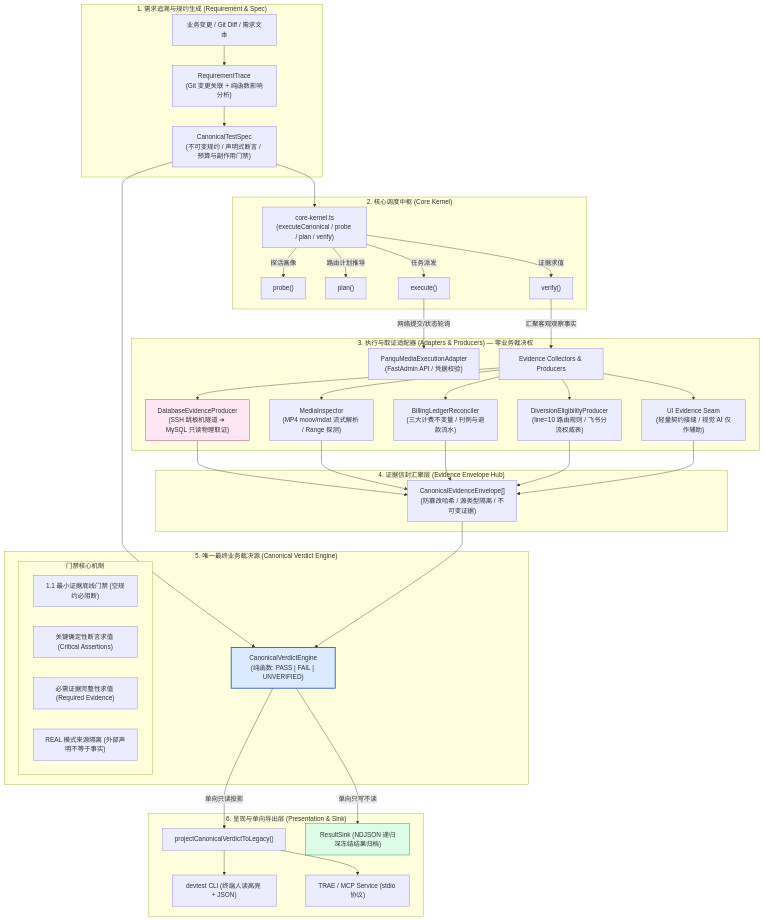
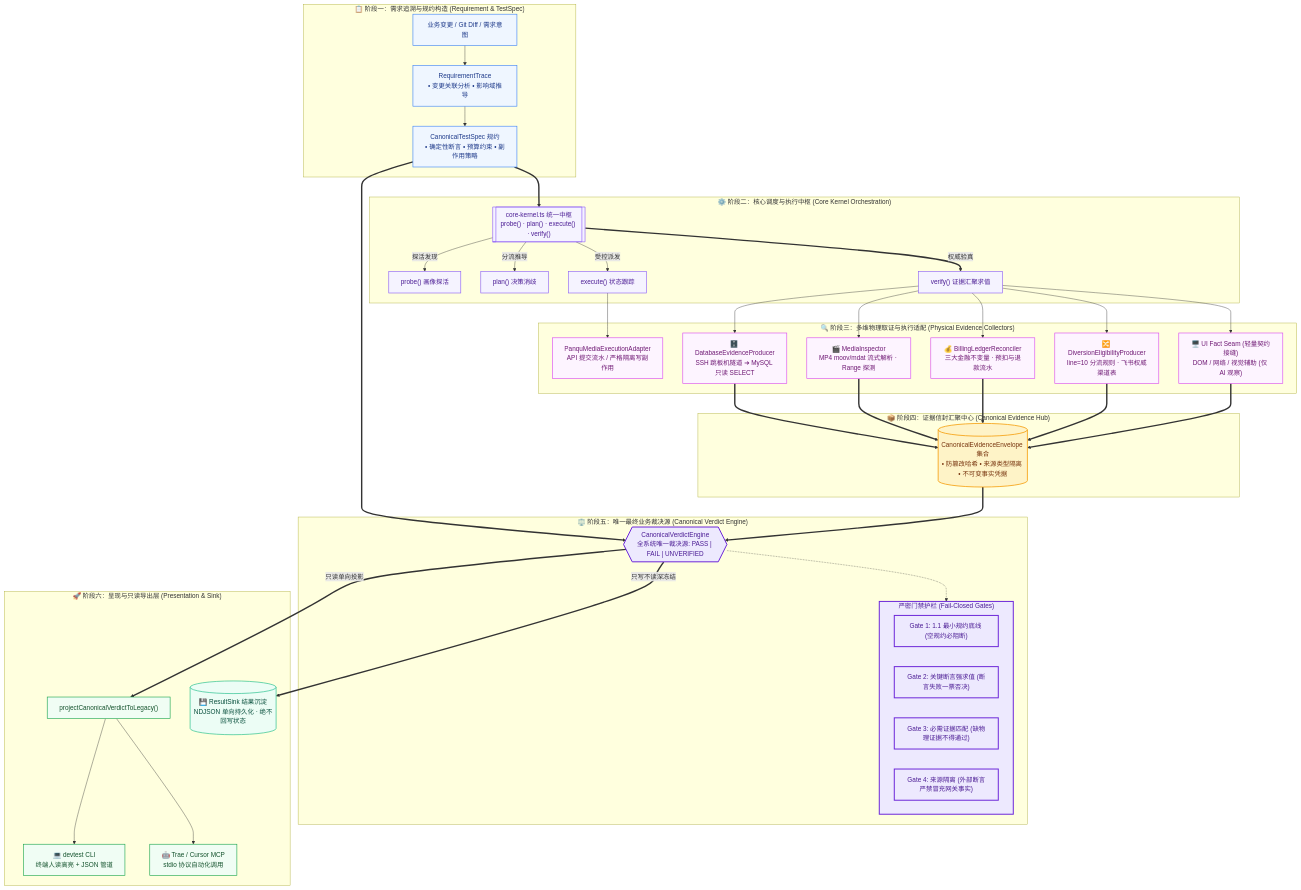
One commit to CAoyinggo/Ai-DevTest changed the first of 4 diagrams in README.md. Above: the diagram before and after it, drawn with Mermaid. The commit also changed other lines of this file, not shown here.

Commit message:
docs(readme): polish architecture topology and verdict state machine diagrams with modern theme

````diff
--- a/README.md
+++ b/README.md
@@ -35,52 +35,66 @@
 ```mermaid
 flowchart TD
-    subgraph S1["1. 需求追溯与规约生成 (Requirement & Spec)"]
-        REQ["业务变更 / Git Diff / 需求文本"] --> TRACE["RequirementTrace<br/>(Git 变更关联 + 纯函数影响分析)"]
-        TRACE --> SPEC["CanonicalTestSpec<br/>(不可变规约 / 声明式断言 / 预算与副作用门禁)"]
+    %% 统一现代调色板
+    classDef specLayer fill:#eff6ff,stroke:#3b82f6,stroke-width:1.5px,color:#1e3a8a
+    classDef kernelLayer fill:#f5f3ff,stroke:#8b5cf6,stroke-width:1.5px,color:#4c1d95
+    classDef producerLayer fill:#fdf4ff,stroke:#d946ef,stroke-width:1.5px,color:#701a75
+    classDef hubLayer fill:#fef3c7,stroke:#f59e0b,stroke-width:2px,color:#78350f
+    classDef engineLayer fill:#ede9fe,stroke:#6d28d9,stroke-width:2.5px,color:#4c1d95
+    classDef sinkLayer fill:#ecfdf5,stroke:#10b981,stroke-width:1.5px,color:#064e3b
+    classDef presentationLayer fill:#f0fdf4,stroke:#16a34a,stroke-width:1.5px,color:#14532d
+
+    subgraph L1["  📋 阶段一：需求追溯与规约构造 (Requirement & TestSpec)  "]
+        REQ["业务变更 / Git Diff / 需求意图"] --> TRACE["RequirementTrace<br/>• 变更关联分析 • 影响域推导"]
+        TRACE --> SPEC["CanonicalTestSpec 规约<br/>• 确定性断言 • 预算约束 • 副作用策略"]
     end
 
-    subgraph S2["2. 核心调度中枢 (Core Kernel)"]
-        SPEC --> KERNEL["core-kernel.ts<br/>(executeCanonical / probe / plan / verify)"]
-        KERNEL -->|"探活画像"| PROBE["probe()"]
-        KERNEL -->|"路由计划推导"| PLAN["plan()"]
-        KERNEL -->|"任务派发"| EXEC["execute()"]
-        KERNEL -->|"证据求值"| VERIFY["verify()"]
+    subgraph L2["  ⚙️ 阶段二：核心调度与执行中枢 (Core Kernel Orchestration)  "]
+        SPEC ==> KERNEL[["core-kernel.ts 统一中枢<br/>probe() · plan() · execute() · verify()"]]
+        KERNEL -->|"探活发现"| ACT_PROBE["probe() 画像探活"]
+        KERNEL -->|"分流推导"| ACT_PLAN["plan() 决策消歧"]
+        KERNEL -->|"受控派发"| ACT_EXEC["execute() 状态跟踪"]
+        KERNEL ==>|"权威验真"| ACT_VERIFY["verify() 证据汇聚求值"]
     end
 
-    subgraph S3["3. 执行与取证适配器 (Adapters & Producers) — 零业务裁决权"]
-        EXEC -->|"网络提交/状态轮询"| ADAPTER["PanquMediaExecutionAdapter<br/>(FastAdmin API / 凭据校验)"]
-        VERIFY -->|"汇聚客观观察事实"| PRODUCERS["Evidence Collectors & Producers"]
+    subgraph L3["  🔍 阶段三：多维物理取证与执行适配 (Physical Evidence Collectors)  "]
+        ACT_EXEC --> ADAPT["PanquMediaExecutionAdapter<br/>API 提交流水 / 严格隔离写副作用"]
         
-        PRODUCERS --> P_DB["DatabaseEvidenceProducer<br/>(SSH 跳板机隧道 ➔ MySQL 只读物理取证)"]
-        PRODUCERS --> P_MEDIA["MediaInspector<br/>(MP4 moov/mdat 流式解析 / Range 探测)"]
-        PRODUCERS --> P_BILL["BillingLedgerReconciler<br/>(三大计费不变量 / 刊例与退款流水)"]
-        PRODUCERS --> P_DIV["DiversionEligibilityProducer<br/>(line=10 路由规则 / 飞书分流权威表)"]
-        PRODUCERS --> P_UI["UI Evidence Seam<br/>(轻量契约接缝 / 视觉 AI 仅作辅助)"]
+        ACT_VERIFY --> P_DB["🗄️ DatabaseEvidenceProducer<br/>SSH 跳板机隧道 ➔ MySQL 只读 SELECT"]
+        ACT_VERIFY --> P_MEDIA["🎬 MediaInspector<br/>MP4 moov/mdat 流式解析 · Range 探测"]
+        ACT_VERIFY --> P_BILL["💰 BillingLedgerReconciler<br/>三大金融不变量 · 预扣与退款流水"]
+        ACT_VERIFY --> P_DIV["🔀 DiversionEligibilityProducer<br/>line=10 分流规则 · 飞书权威渠道表"]
+        ACT_VERIFY --> P_UI["🖥️ UI Fact Seam (轻量契约接缝)<br/>DOM / 网络 / 视觉辅助 (仅 AI 观察)"]
     end
 
-    subgraph S4["4. 证据信封汇聚层 (Evidence Envelope Hub)"]
-        P_DB & P_MEDIA & P_BILL & P_DIV & P_UI --> ENV["CanonicalEvidenceEnvelope[]<br/>(防篡改哈希 / 源类型隔离 / 不可变证据)"]
+    subgraph L4["  📦 阶段四：证据信封汇聚中心 (Canonical Evidence Hub)  "]
+        P_DB & P_MEDIA & P_BILL & P_DIV & P_UI ==> ENV[("CanonicalEvidenceEnvelope 集合<br/>• 防篡改哈希 • 来源类型隔离 • 不可变事实凭据")]
     end
 
-    subgraph S5["5. 唯一最终业务裁决源 (Canonical Verdict Engine)"]
-        SPEC --> ENGINE
-        ENV --> ENGINE["CanonicalVerdictEngine<br/>(纯函数: PASS | FAIL | UNVERIFIED)"]
-        subgraph ENGINE_RULES["门禁核心机制"]
-            G1["1.1 最小证据底线门禁 (空规约必阻断)"]
-            G2["关键确定性断言求值 (Critical Assertions)"]
-            G3["必需证据完整性求值 (Required Evidence)"]
-            G4["REAL 模式来源隔离 (外部声明不等于事实)"]
+    subgraph L5["  ⚖️ 阶段五：唯一最终业务裁决源 (Canonical Verdict Engine)  "]
+        SPEC ==> ENGINE
+        ENV ==> ENGINE{{"CanonicalVerdictEngine<br/>全系统唯一裁决源: PASS | FAIL | UNVERIFIED"}}
+        subgraph GATES["严密门禁护栏 (Fail-Closed Gates)"]
+            G1["Gate 1: 1.1 最小规约底线 (空规约必阻断)"]
+            G2["Gate 2: 关键断言强求值 (断言失败一票否决)"]
+            G3["Gate 3: 必需证据匹配 (缺物理证据不得通过)"]
+            G4["Gate 4: 来源隔离 (外部断言严禁冒充网关事实)"]
         end
+        ENGINE -.-> GATES
     end
 
-    subgraph S6["6. 呈现与单向导出层 (Presentation & Sink)"]
-        ENGINE -->|"单向只读投影"| PROJ["projectCanonicalVerdictToLegacy()"]
-        PROJ --> CLI["devtest CLI (终端人读高亮 + JSON)"]
-        PROJ --> MCP["TRAE / MCP Service (stdio 协议)"]
-        ENGINE -->|"单向只写不读"| SINK["ResultSink (NDJSON 递归深冻结结果归档)"]
+    subgraph L6["  🚀 阶段六：呈现与只读导出层 (Presentation & Sink)  "]
+        ENGINE ==>|"只读单向投影"| PROJ["projectCanonicalVerdictToLegacy()"]
+        PROJ --> CLI["💻 devtest CLI<br/>终端人读高亮 + JSON 管道"]
+        PROJ --> MCP["🤖 Trae / Cursor MCP<br/>stdio 协议自动化调用"]
+        ENGINE ==>|"只写不读深冻结"| SINK[("💾 ResultSink 结果沉淀<br/>NDJSON 单向持久化 · 绝不回写状态")]
     end
 
-    style ENGINE fill:#dbeafe,stroke:#1d4ed8,stroke-width:2px
-    style SINK fill:#dcfce7,stroke:#15803d
-    style P_DB fill:#fce7f3,stroke:#be185d
+    %% 应用样式
+    class REQ,TRACE,SPEC specLayer
+    class KERNEL,ACT_PROBE,ACT_PLAN,ACT_EXEC,ACT_VERIFY kernelLayer
+    class ADAPT,P_DB,P_MEDIA,P_BILL,P_DIV,P_UI producerLayer
+    class ENV hubLayer
+    class ENGINE,GATES,G1,G2,G3,G4 engineLayer
+    class SINK sinkLayer
+    class PROJ,CLI,MCP presentationLayer
 ```
````
